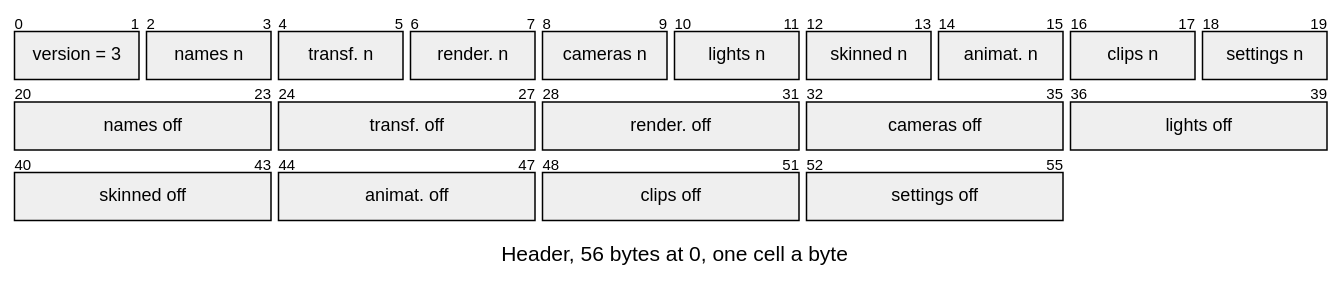
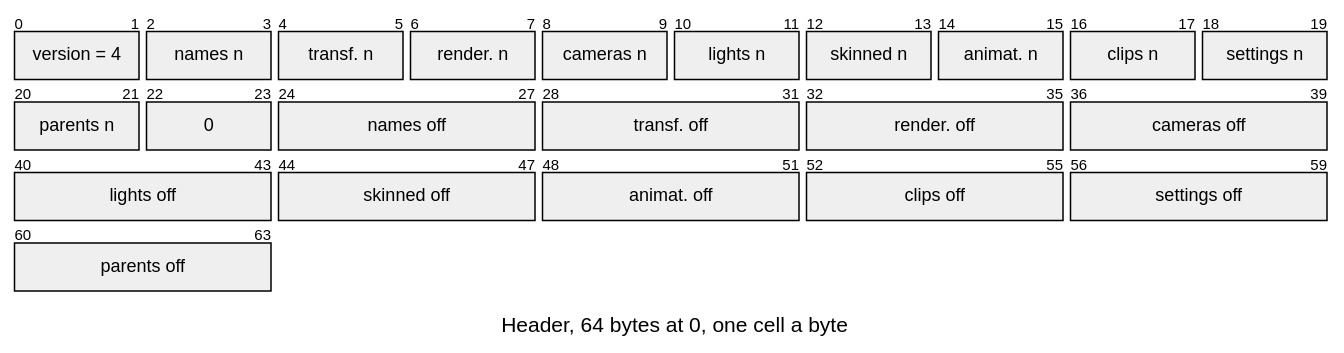
Before and after one commit to jose-villegas/autana: the third of 12 diagrams in docs/render/Scene-Files.md, drawn with Mermaid. The commit also changed other lines of this file and 20 other files, not shown here.

````diff
--- a/docs/render/Scene-Files.md
+++ b/docs/render/Scene-Files.md
@@ -642,29 +647,32 @@
 ```mermaid
 ---
 config:
   packet:
     bitsPerRow: 20
     bitWidth: 44
 ---
 packet-beta
-title Header, 56 bytes at 0, one cell a byte
-0-1: "version = 3"
+title Header, 64 bytes at 0, one cell a byte
+0-1: "version = 4"
 2-3: "names n"
 4-5: "transf. n"
 6-7: "render. n"
 8-9: "cameras n"
 10-11: "lights n"
 12-13: "skinned n"
 14-15: "animat. n"
 16-17: "clips n"
 18-19: "settings n"
-20-23: "names off"
-24-27: "transf. off"
-28-31: "render. off"
-32-35: "cameras off"
-36-39: "lights off"
-40-43: "skinned off"
-44-47: "animat. off"
-48-51: "clips off"
-52-55: "settings off"
+20-21: "parents n"
+22-23: "0"
+24-27: "names off"
+28-31: "transf. off"
+32-35: "render. off"
+36-39: "cameras off"
+40-43: "lights off"
+44-47: "skinned off"
+48-51: "animat. off"
+52-55: "clips off"
+56-59: "settings off"
+60-63: "parents off"
 ```
````
